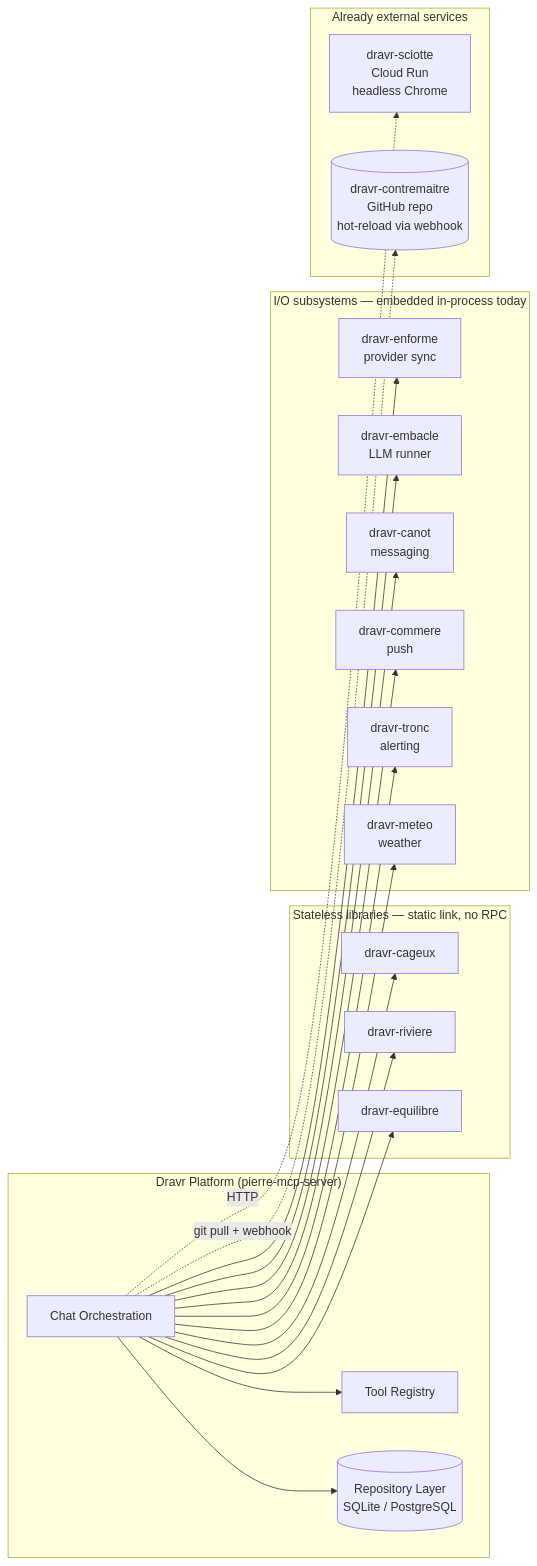
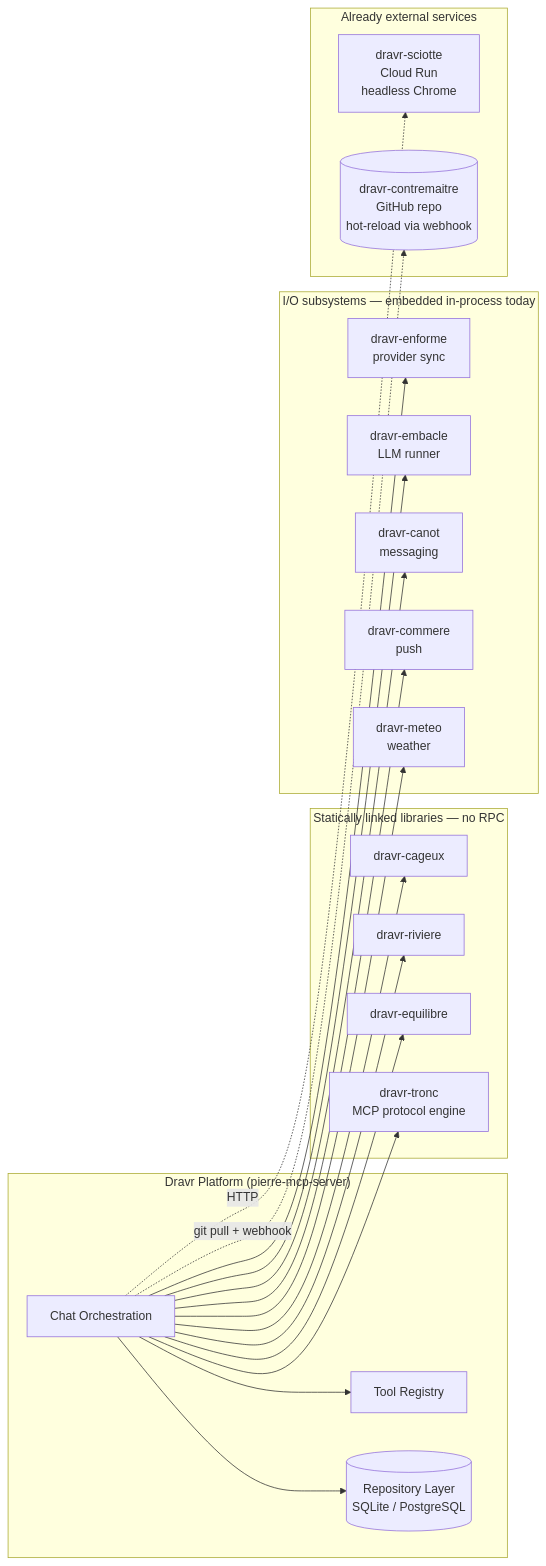
One commit to dravr-ai/dravr-platform changed the first of 2 diagrams in README.md. Above: the diagram before and after it, drawn with Mermaid. The commit also changed other lines of this file and 104 other files, not shown here.

````diff
--- a/README.md
+++ b/README.md
@@ -151,42 +151,42 @@
 ```mermaid
 graph LR
     subgraph platform["Dravr Platform (pierre-mcp-server)"]
         ORCH[Chat Orchestration]
         TOOLS[Tool Registry]
         REPO[(Repository Layer<br/>SQLite / PostgreSQL)]
     end
 
-    subgraph libs["Stateless libraries — static link, no RPC"]
+    subgraph libs["Statically linked libraries — no RPC"]
         CAGEUX[dravr-cageux]
         RIVIERE[dravr-riviere]
         EQUILIBRE[dravr-equilibre]
+        TRONC[dravr-tronc<br/>MCP protocol engine]
     end
 
     subgraph embedded["I/O subsystems — embedded in-process today"]
         ENFORME[dravr-enforme<br/>provider sync]
         EMBACLE[dravr-embacle<br/>LLM runner]
         CANOT[dravr-canot<br/>messaging]
         COMMERE[dravr-commere<br/>push]
-        TRONC[dravr-tronc<br/>alerting]
         METEO[dravr-meteo<br/>weather]
     end
 
     subgraph external["Already external services"]
         SCIOTTE[dravr-sciotte<br/>Cloud Run<br/>headless Chrome]
         CONTREMAITRE[(dravr-contremaitre<br/>GitHub repo<br/>hot-reload via webhook)]
     end
 
     ORCH --> TOOLS
     ORCH --> REPO
     ORCH --> CAGEUX
     ORCH --> RIVIERE
     ORCH --> EQUILIBRE
     ORCH --> ENFORME
     ORCH --> EMBACLE
     ORCH --> CANOT
     ORCH --> COMMERE
     ORCH --> TRONC
     ORCH --> METEO
     ORCH -.HTTP.-> SCIOTTE
     ORCH -.git pull + webhook.-> CONTREMAITRE
 ```
````
